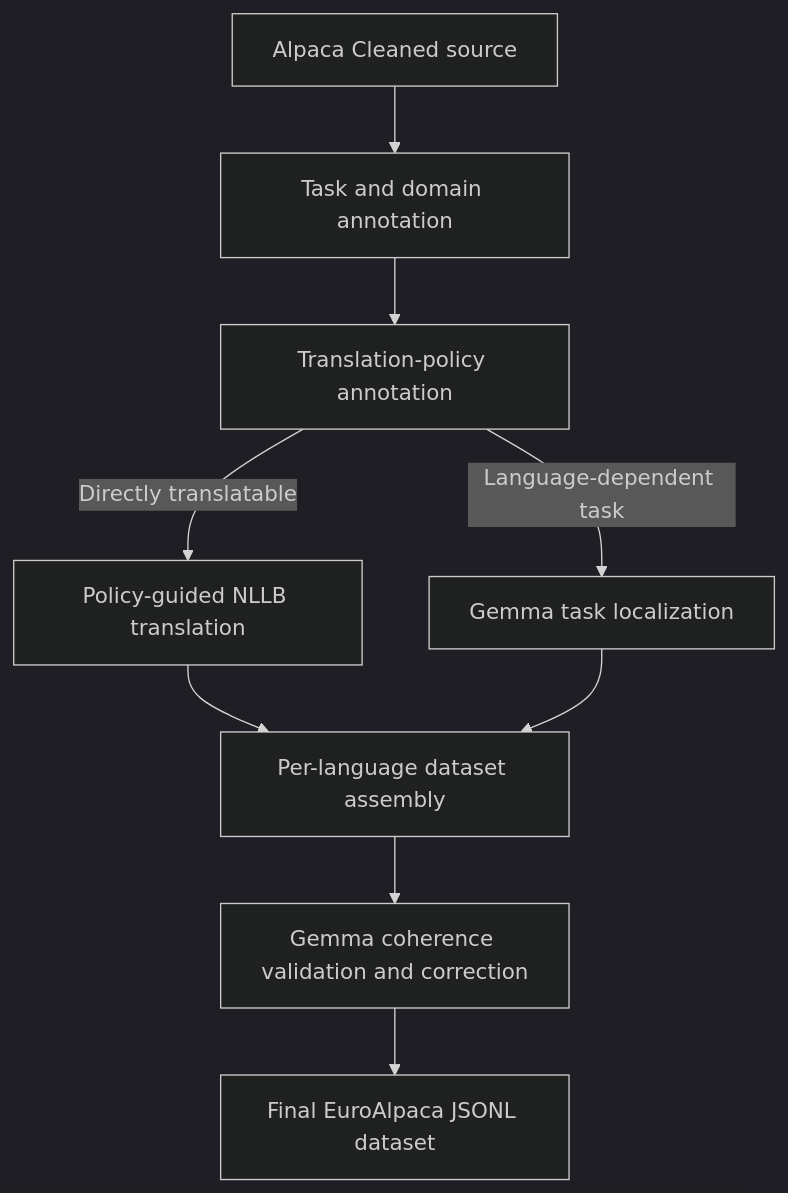
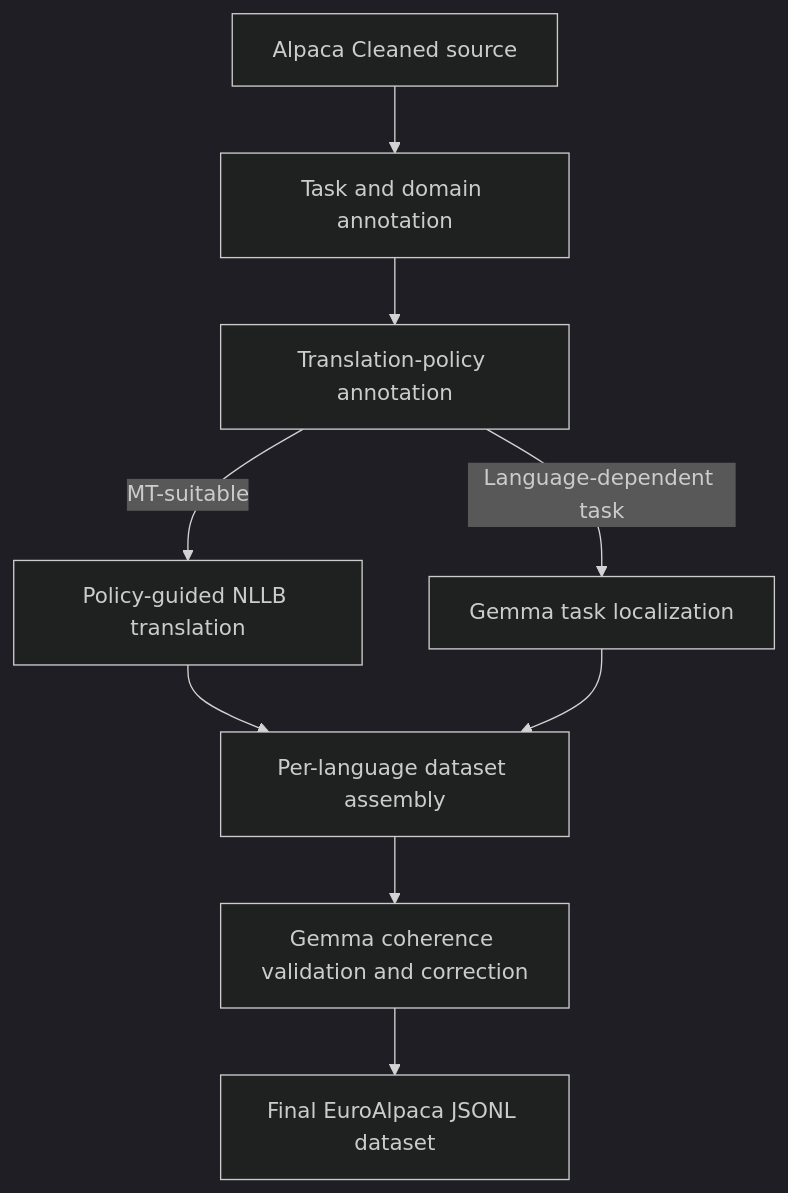
Before and after one commit to Telefonica-Scientific-Research/EuroAlpaca: the diagram in README.md, drawn with Mermaid (dark theme). The commit also changed other lines of this file, not shown here.

````diff
--- a/README.md
+++ b/README.md
@@ -17,14 +17,14 @@
 ```mermaid
 flowchart TD
     A[Alpaca Cleaned source] --> B[Task and domain annotation]
     B --> C[Translation-policy annotation]
 
-    C -->|Directly translatable| D[Policy-guided NLLB translation]
+    C -->|MT-suitable| D[Policy-guided NLLB translation]
     C -->|Language-dependent task| E[Gemma task localization]
 
     D --> F[Per-language dataset assembly]
     E --> F
 
     F --> G[Gemma coherence validation and correction]
     G --> H[Final EuroAlpaca JSONL dataset]
 ```
````
